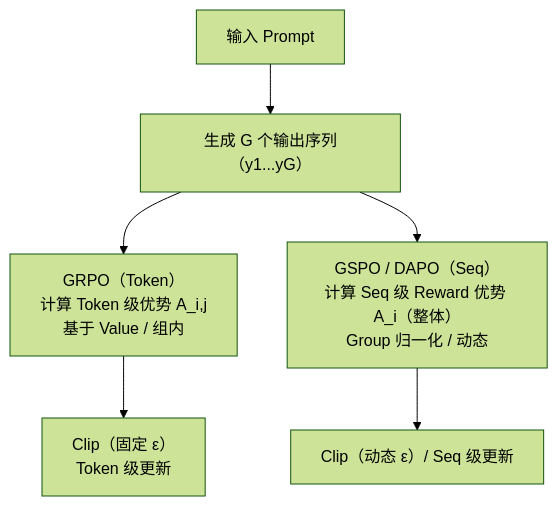
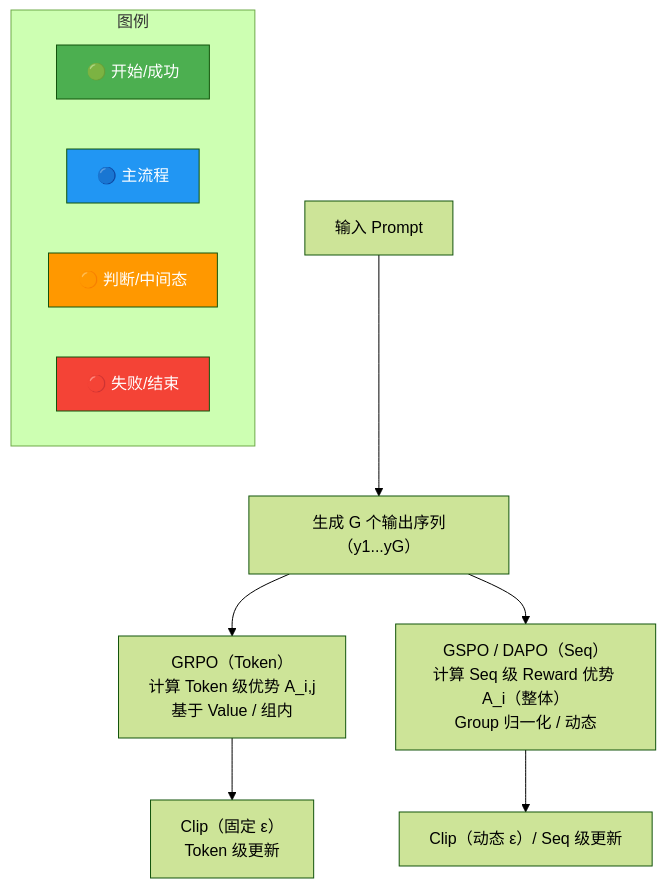
Before and after one commit to SunArthur86/interview-2026: the diagram in questions/llm-core/llm--009.md, drawn with Mermaid (forest theme). The commit also changed other lines of this file and 3180 other files, not shown here.

First line of the commit message:
Mermaid颜色增强99% + 面试频率分类(高频1571/中频1115/低频461)

````diff
--- a/questions/llm-core/llm--009.md
+++ b/questions/llm-core/llm--009.md
@@ -42,15 +43,49 @@
 ```mermaid
 flowchart TB
+    classDef start fill:#4CAF50,color:#fff
+    classDef process fill:#2196F3,color:#fff
+    classDef decision fill:#FF9800,color:#fff
+    classDef special fill:#9C27B0,color:#fff
+    classDef error fill:#f44336,color:#fff
+    classDef info fill:#607D8B,color:#fff
+    class A_i start
+    class Clip process
+    class DAPO decision
+    class G special
+    class GRPO error
+    class GSPO info
+    class Group start
+    class Prompt process
+    class Reward decision
+    class Seq special
+    class Token error
+    class Value info
+    class br start
+    class clip1 process
+    class clip2 decision
+    class gen special
+    class grpo error
+    class gspo info
+    class j start
+    class prompt process
+    class y1 decision
+    class yG special
     prompt["输入 Prompt"]
     gen["生成 G 个输出序列（y1...yG）"]
     grpo["GRPO（Token）<br/>计算 Token 级优势 A_i,j<br/>基于 Value / 组内"]
     gspo["GSPO / DAPO（Seq）<br/>计算 Seq 级 Reward 优势 A_i（整体）<br/>Group 归一化 / 动态"]
     clip1["Clip（固定 ε）<br/>Token 级更新"]
     clip2["Clip（动态 ε）/ Seq 级更新"]
 
     prompt --> gen
     gen --> grpo
     gen --> gspo
     grpo --> clip1
     gspo --> clip2
+    subgraph Legend["图例"]
+        L1["🟢 开始/成功"]:::start
+        L2["🔵 主流程"]:::process
+        L3["🟠 判断/中间态"]:::decision
+        L4["🔴 失败/结束"]:::error
+    end
 ```
````
